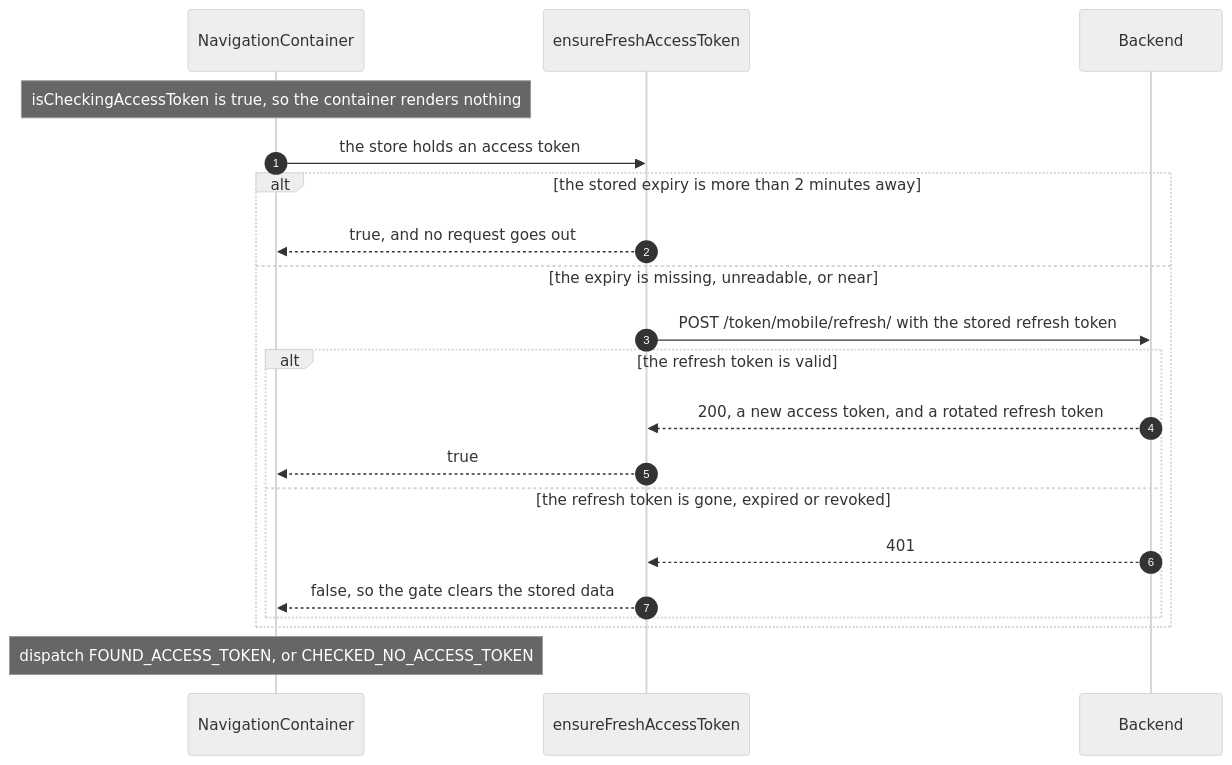
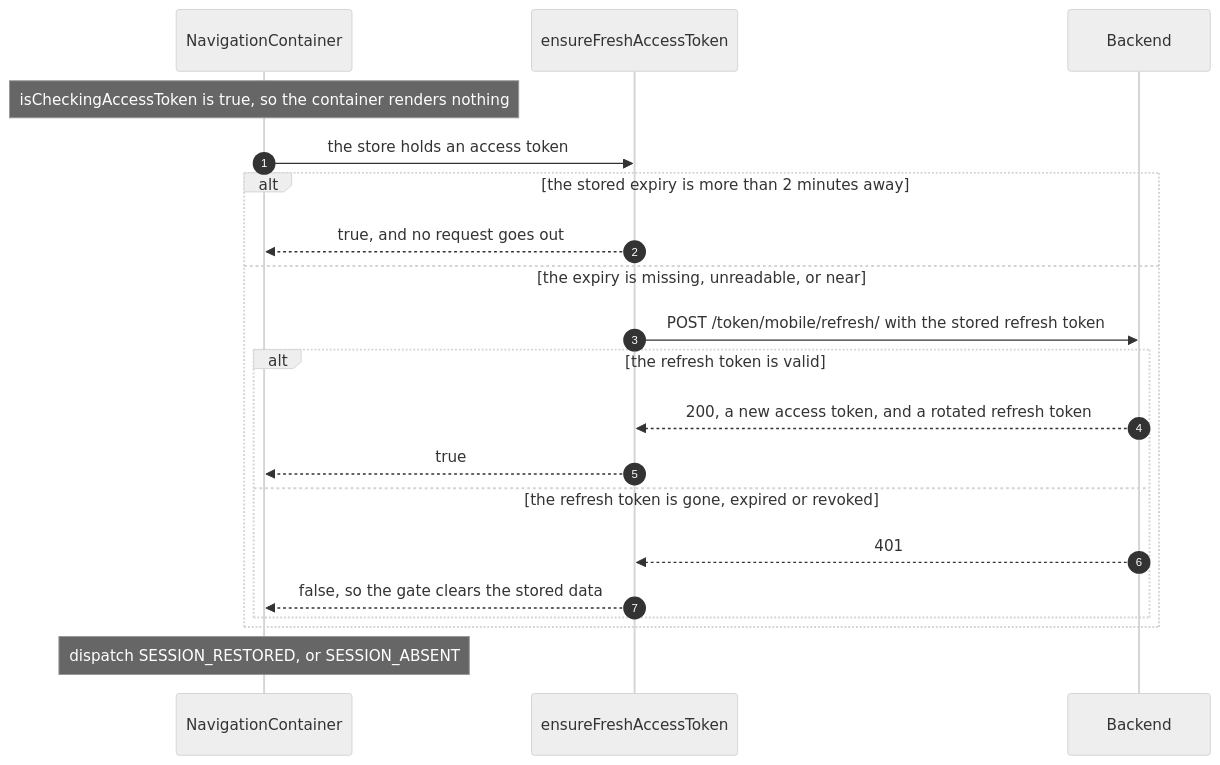
Before and after one commit to floels/pinit: the second of 4 diagrams in mobile/doc/authentication.md, drawn with Mermaid (neutral theme). The commit also changed other lines of this file and 9 other files, not shown here.

````diff
--- a/mobile/doc/authentication.md
+++ b/mobile/doc/authentication.md
@@ -92,23 +93,23 @@
 ```mermaid
 sequenceDiagram
     autonumber
     participant N as NavigationContainer
     participant A as ensureFreshAccessToken
     participant B as Backend
 
     Note over N: isCheckingAccessToken is true, so the container renders nothing
     N->>A: the store holds an access token
     alt the stored expiry is more than 2 minutes away
         A-->>N: true, and no request goes out
     else the expiry is missing, unreadable, or near
         A->>B: POST /token/mobile/refresh/ with the stored refresh token
         alt the refresh token is valid
             B-->>A: 200, a new access token, and a rotated refresh token
             A-->>N: true
         else the refresh token is gone, expired or revoked
             B-->>A: 401
             A-->>N: false, so the gate clears the stored data
         end
     end
-    Note over N: dispatch FOUND_ACCESS_TOKEN, or CHECKED_NO_ACCESS_TOKEN
+    Note over N: dispatch SESSION_RESTORED, or SESSION_ABSENT
 ```
````
